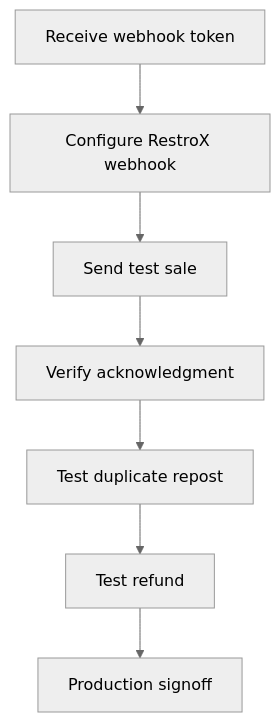
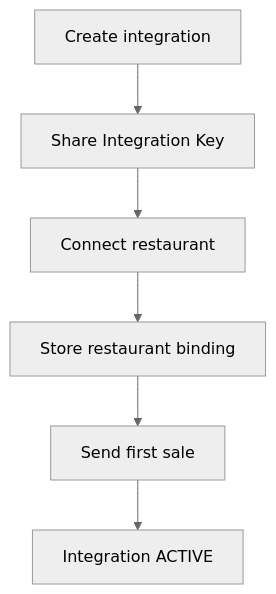
Before and after one commit to krischal07/docs: the diagram in PARTNER-HANDOFF.md, drawn with Mermaid (neutral theme). The commit also changed other lines of this file and 77 other files, not shown here.

````diff
--- a/PARTNER-HANDOFF.md
+++ b/PARTNER-HANDOFF.md
@@ -21,9 +9,8 @@
 ```mermaid
 flowchart TD
-  A["Receive webhook token"] --> B["Configure RestroX webhook"]
-  B --> C["Send test sale"]
-  C --> D["Verify acknowledgment"]
-  D --> E["Test duplicate repost"]
-  E --> F["Test refund"]
-  F --> G["Production signoff"]
+  A["Create integration"] --> B["Share Integration Key"]
+  B --> C["Connect restaurant"]
+  C --> D["Store restaurant binding"]
+  D --> E["Send first sale"]
+  E --> F["Integration ACTIVE"]
 ```
````
